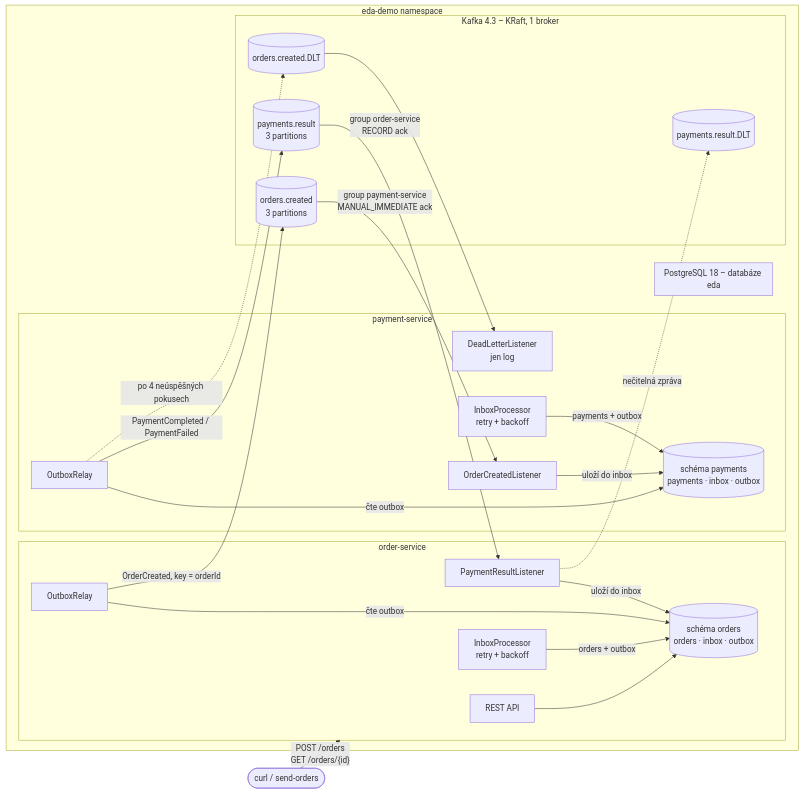
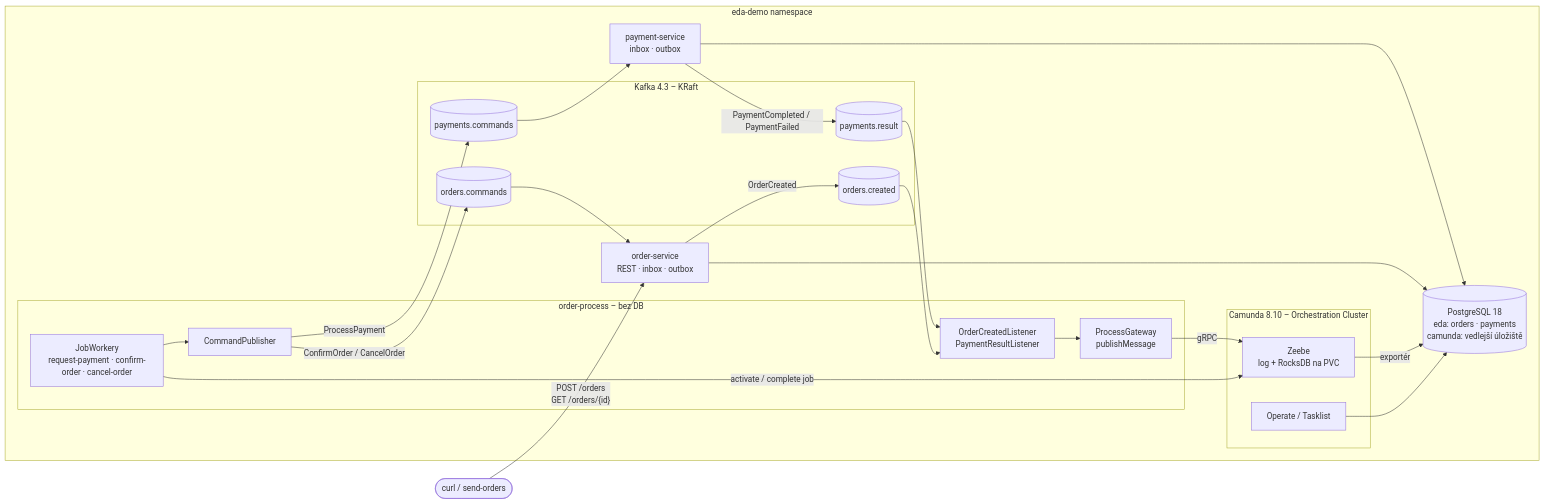
The first of 2 diagrams in README.md (eriskooo/event-driven-demo), drawn with Mermaid before and after one commit. The commit also changed other lines of this file and 166 other files, not shown here.

First line of the commit message:
Orchestrate order flow with Camunda 8 over Kafka

````diff
--- a/README.md
+++ b/README.md
@@ -10,40 +16,39 @@
 ```mermaid
 flowchart LR
     client([curl / send-orders]) -- "POST /orders<br/>GET /orders/{id}" --> OS
 
     subgraph eda-demo namespace
-        subgraph OS [order-service]
-            OAPI[REST API] --> ODB
-            ORELAY[OutboxRelay] -- "čte outbox" --> ODB
-            OLIS[PaymentResultListener] -- "uloží do inbox" --> ODB
-            OPROC[InboxProcessor<br/>retry + backoff] -- "orders + outbox" --> ODB
+        OS[order-service<br/>REST · inbox · outbox]
+        PS[payment-service<br/>inbox · outbox]
+
+        subgraph OP [order-process – bez DB]
+            OL[OrderCreatedListener<br/>PaymentResultListener] --> GW[ProcessGateway<br/>publishMessage]
+            W[JobWorkery<br/>request-payment · confirm-order · cancel-order] --> CP[CommandPublisher]
         end
 
-        subgraph PS [payment-service]
-            PLIS[OrderCreatedListener] -- "uloží do inbox" --> PDB
-            PPROC[InboxProcessor<br/>retry + backoff] -- "payments + outbox" --> PDB
-            PRELAY[OutboxRelay] -- "čte outbox" --> PDB
-            PDLT[DeadLetterListener<br/>jen log]
+        subgraph CAM [Camunda 8.10 – Orchestration Cluster]
+            Z[Zeebe<br/>log + RocksDB na PVC]
+            OPR[Operate / Tasklist]
         end
 
-        subgraph PG [PostgreSQL 18 – databáze eda]
-            ODB[(schéma orders<br/>orders · inbox · outbox)]
-            PDB[(schéma payments<br/>payments · inbox · outbox)]
+        subgraph Kafka [Kafka 4.3 – KRaft]
+            T1[(orders.created)]
+            T2[(payments.commands)]
+            T3[(payments.result)]
+            T4[(orders.commands)]
         end
 
-        subgraph Kafka [Kafka 4.3 – KRaft, 1 broker]
-            T1[(orders.created<br/>3 partitions)]
-            T2[(payments.result<br/>3 partitions)]
-            D1[(orders.created.DLT)]
-            D2[(payments.result.DLT)]
-        end
+        PG[(PostgreSQL 18<br/>eda: orders · payments<br/>camunda: vedlejší úložiště)]
 
-        ORELAY -- "OrderCreated, key = orderId" --> T1
-        T1 -- "group payment-service<br/>MANUAL_IMMEDIATE ack" --> PLIS
-        PRELAY -- "PaymentCompleted / PaymentFailed" --> T2
-        T2 -- "group order-service<br/>RECORD ack" --> OLIS
-        PRELAY -. "po 4 neúspěšných pokusech" .-> D1
-        OLIS -. "nečitelná zpráva" .-> D2
-        D1 --> PDLT
+        OS -- OrderCreated --> T1 --> OL
+        GW -- "gRPC" --> Z
+        W -- "activate / complete job" --> Z
+        CP -- ProcessPayment --> T2 --> PS
+        PS -- "PaymentCompleted / PaymentFailed" --> T3 --> OL
+        CP -- "ConfirmOrder / CancelOrder" --> T4 --> OS
+        Z -- exportér --> PG
+        OPR --> PG
+        OS --> PG
+        PS --> PG
     end
 ```
````
